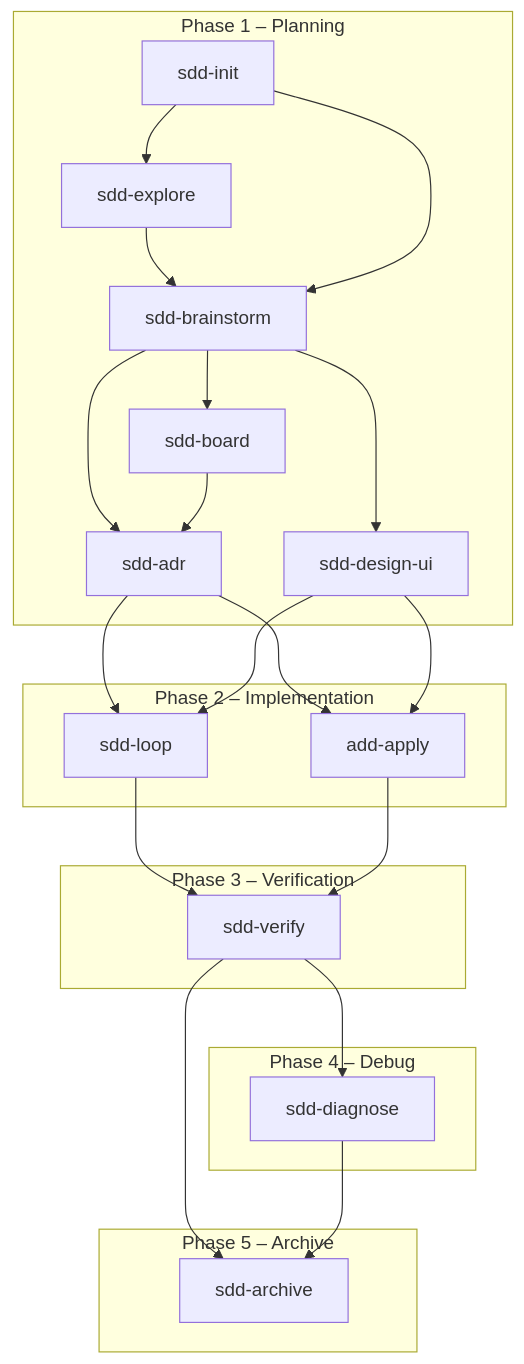
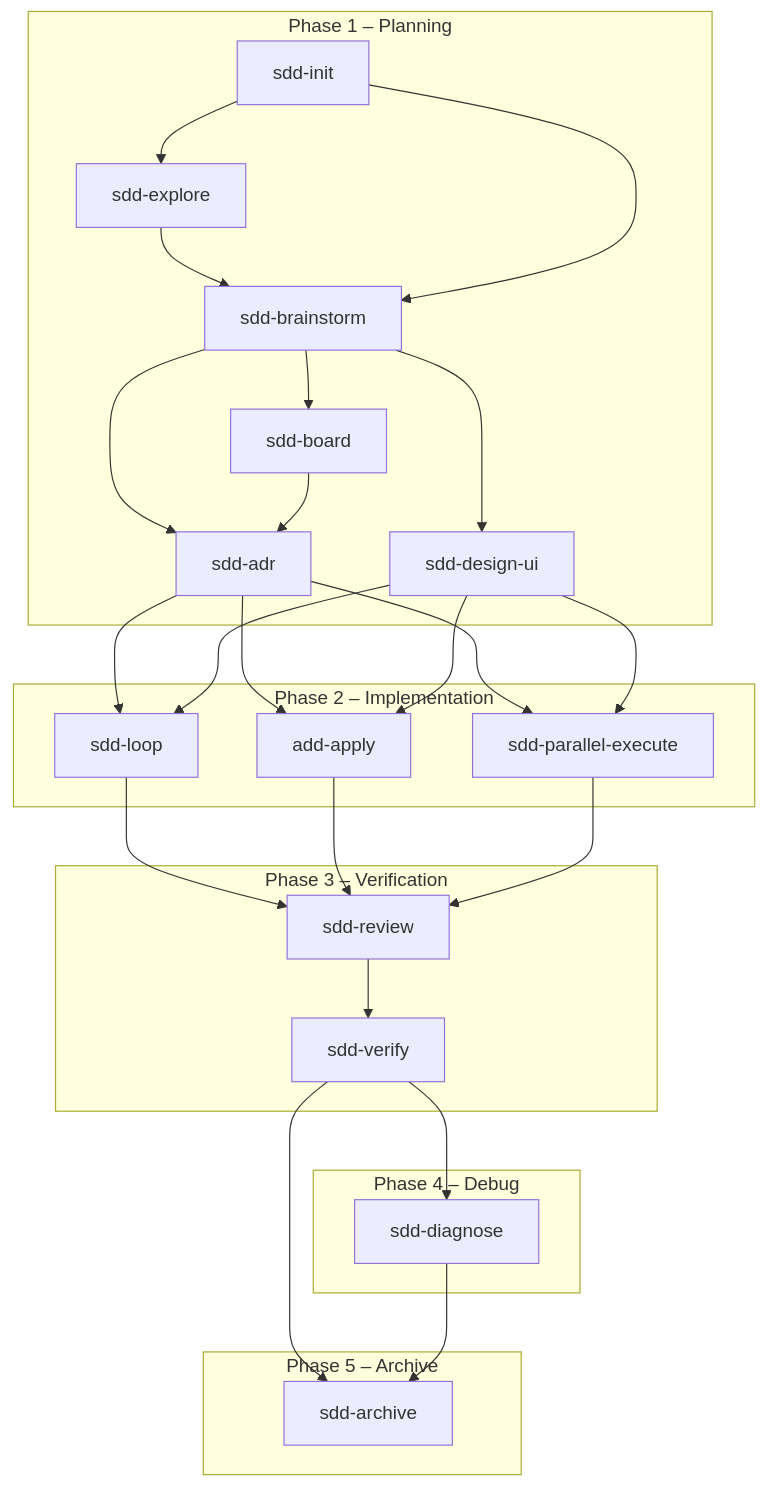
The diagram in docs/03-skillgrid-logic.md (devopstales/aiskillgrid), drawn with Mermaid before and after one commit. The commit also changed 90 other files, not shown here.

````diff
--- a/docs/03-skillgrid-logic.md
+++ b/docs/03-skillgrid-logic.md
@@ -9,42 +9,49 @@
 ```mermaid
 flowchart TB
   SddAdr["sdd-adr"]
   SddApply["add-apply"]
   SddArchive["sdd-archive"]
   SddBoard["sdd-board"]
   SddBrainstorm["sdd-brainstorm"]
   SddDesignUi["sdd-design-ui"]
   SdddDiagnose["sdd-diagnose"]
   SddExplore["sdd-explore"]
   SddInit["sdd-init"]
   SddLoop["sdd-loop"]
+  SddParalelExecute["sdd-parallel-execute"]
+  SddReview["sdd-review"]
   SddVerify["sdd-verify"]
 
   subgraph Planning["Phase 1 – Planning"]
     SddInit --> SddExplore --> SddBrainstorm
     SddInit --> SddBrainstorm
     SddBrainstorm --> SddAdr
     SddBrainstorm --> SddDesignUi
     SddBrainstorm --> SddBoard --> SddAdr
   end
 
   subgraph Implementation["Phase 2 – Implementation"]
     SddAdr --> SddLoop
     SddAdr --> SddApply
+    SddAdr --> SddParalelExecute
     SddDesignUi --> SddLoop
     SddDesignUi --> SddApply
+    SddDesignUi --> SddParalelExecute
   end
 
   subgraph Verification["Phase 3 – Verification"]
-    SddLoop --> SddVerify
-    SddApply --> SddVerify
+    SddLoop --> SddReview
+    SddApply --> SddReview
+    SddParalelExecute --> SddReview
+    SddReview --> SddVerify
   end
+
   subgraph Debug["Phase 4 – Debug"]
     SddVerify --> SdddDiagnose
   end
 
   subgraph Archive["Phase 5 – Archive"]
     SddVerify --> SddArchive
     SdddDiagnose --> SddArchive
   end
 ```
````
